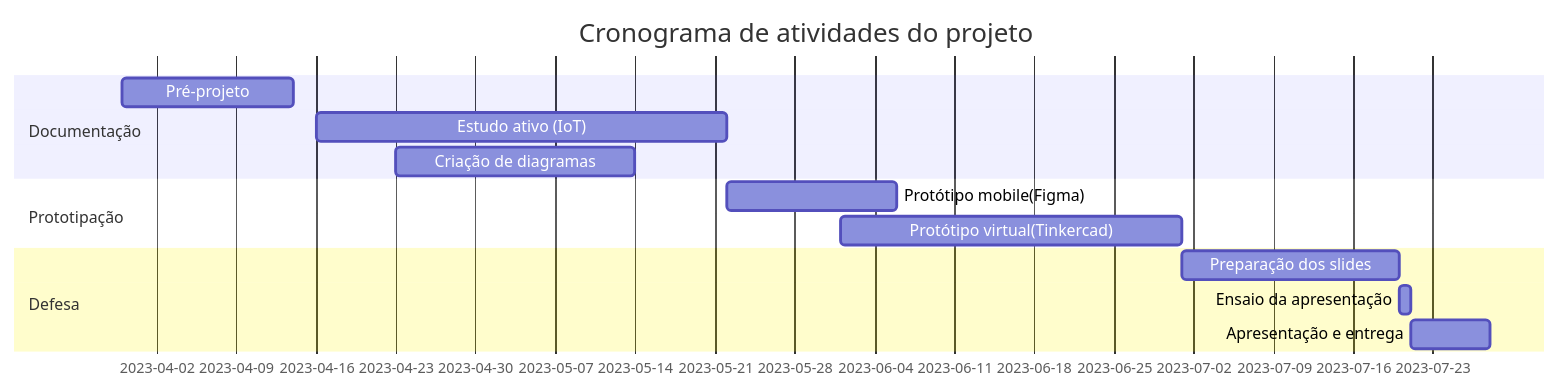
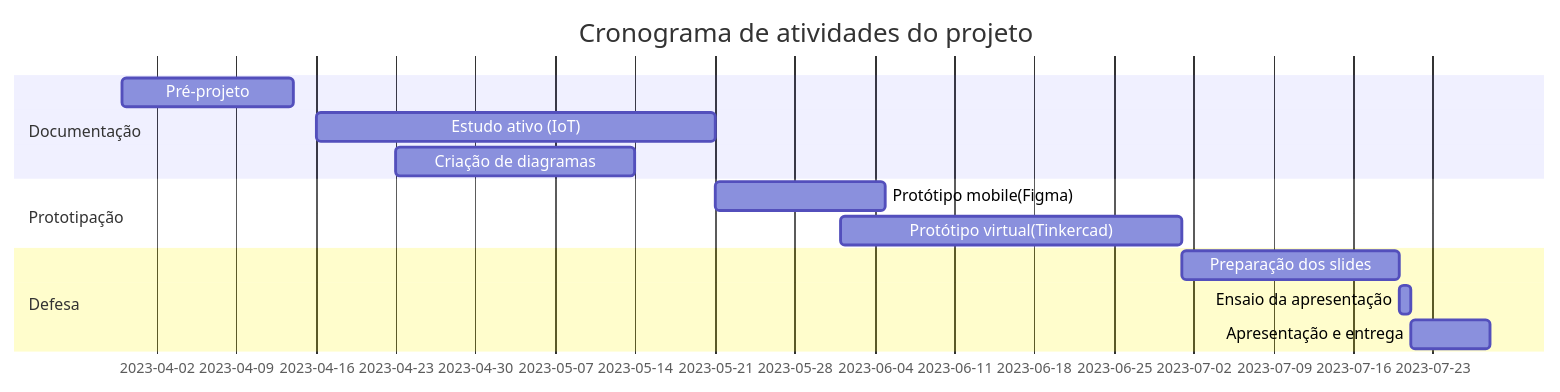
One commit to AgathaSena/Projeto-Integrador-II changed the diagram in README.md. Above: the diagram before and after it, drawn with Mermaid.

Commit message:
fix:estudo ativo

````diff
--- a/README.md
+++ b/README.md
@@ -6,16 +6,16 @@
  ```mermaid
     gantt
     title Cronograma de atividades do projeto
     dateFormat  YYYY-MM-DD
     section Documentação
     Pré-projeto     :a1,  2023-03-30, 15d
-    Estudo ativo (IoT)   :a2, 2023-04-16, 36d
+    Estudo ativo (IoT)   :a2, 2023-04-16, 35d
     Criação de diagramas     :c3,  2023-04-23, 21d
     section Prototipação
     Protótipo mobile(Figma)      :c1, after a2, 15d
     Protótipo virtual(Tinkercad)      :c2,    2023-06-01, 30d
     section Defesa
     Preparação dos slides :p1, after c2, 19d
     Ensaio da apresentação :p2, after p1, 01d
     Apresentação e entrega  :p3, after p2, 07d
 ``` 
````
